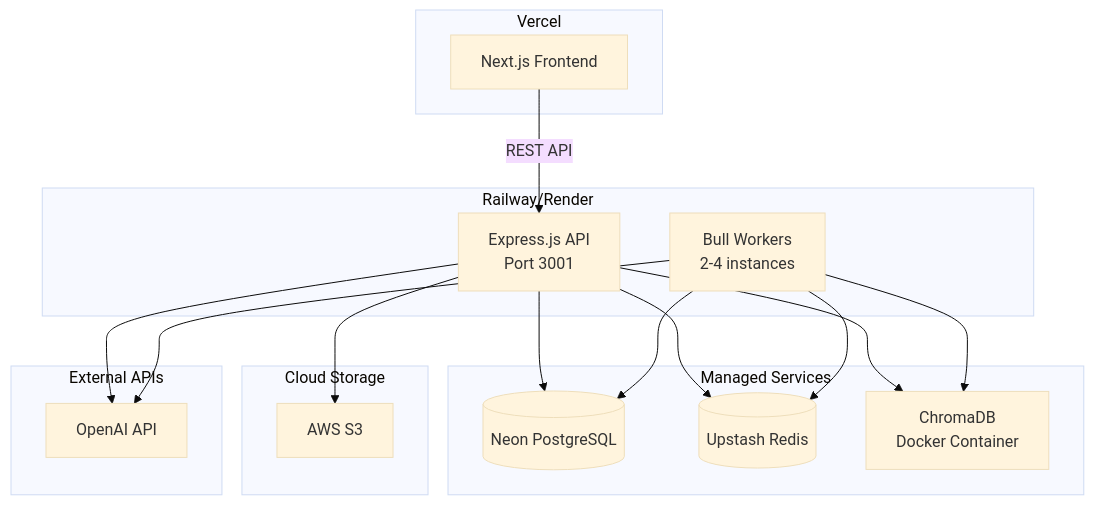
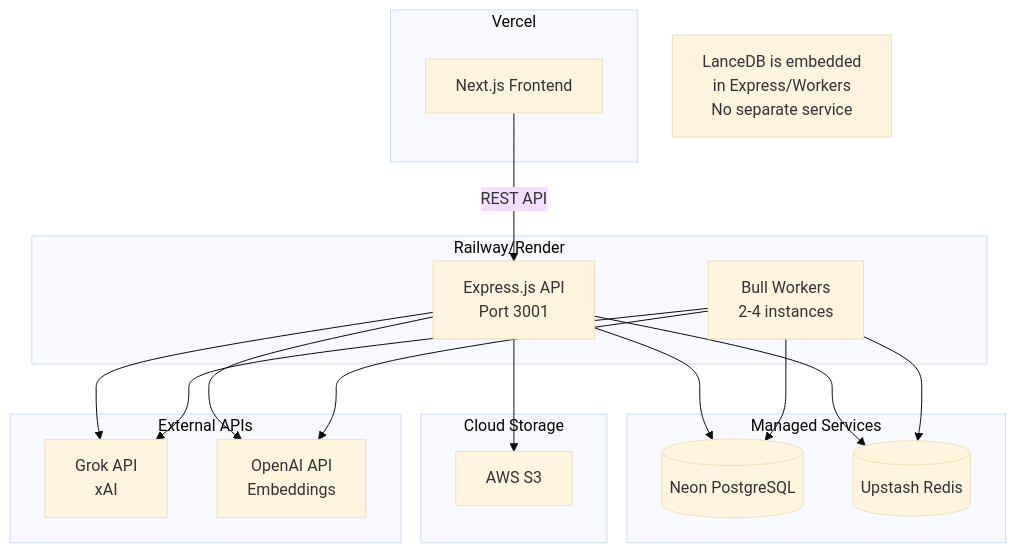
One commit to aravindbharathy/RAG-InvestmentAnalyzer changed the fourth of 5 diagrams in Docs/architecture.md. Above: the diagram before and after it, drawn with Mermaid (base theme). The commit also changed other lines of this file and 31 other files, not shown here.

First line of the commit message:
Implement complete RAG backend with LanceDB and Grok integration

````diff
--- a/Docs/architecture.md
+++ b/Docs/architecture.md
@@ -374,36 +379,38 @@
 ```mermaid
 graph TB
     subgraph "Vercel"
         NextJS[Next.js Frontend]
     end
 
     subgraph "Railway/Render"
         Express[Express.js API<br/>Port 3001]
         Workers[Bull Workers<br/>2-4 instances]
     end
 
     subgraph "Managed Services"
         Neon[(Neon PostgreSQL)]
         UpstashRedis[(Upstash Redis)]
-        ChromaDocker[ChromaDB<br/>Docker Container]
     end
 
     subgraph "Cloud Storage"
         S3[AWS S3]
     end
 
     subgraph "External APIs"
-        OpenAI[OpenAI API]
+        Grok[Grok API<br/>xAI]
+        OpenAI[OpenAI API<br/>Embeddings]
     end
 
     NextJS -->|REST API| Express
     Express --> Neon
-    Express --> ChromaDocker
     Express --> S3
+    Express --> Grok
     Express --> OpenAI
     Express --> UpstashRedis
     Workers --> UpstashRedis
     Workers --> Neon
-    Workers --> ChromaDocker
+    Workers --> Grok
     Workers --> OpenAI
+
+    Note1[LanceDB is embedded<br/>in Express/Workers<br/>No separate service]
 ```
````
